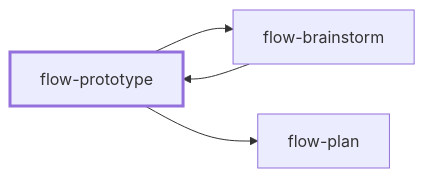
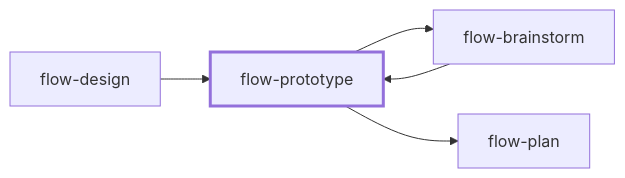
Before and after one commit to emiliodominguez/flow-skills: the diagram in docs/skills/flow-prototype.md, drawn with Mermaid. The commit also changed 46 other files, not shown here.

First line of the commit message:
feat(skills): add flow-design, flow-ui, flow-redesign and flow-a11y

````diff
--- a/docs/skills/flow-prototype.md
+++ b/docs/skills/flow-prototype.md
@@ -9,11 +9,13 @@
 ```mermaid
 flowchart LR
   flow_prototype["flow-prototype"]
   flow_brainstorm["flow-brainstorm"]
+  flow_design["flow-design"]
   flow_plan["flow-plan"]
   flow_brainstorm --> flow_prototype
+  flow_design --> flow_prototype
   flow_prototype --> flow_brainstorm
   flow_prototype --> flow_plan
   classDef focus stroke-width:3px
   class flow_prototype focus
 ```
````
